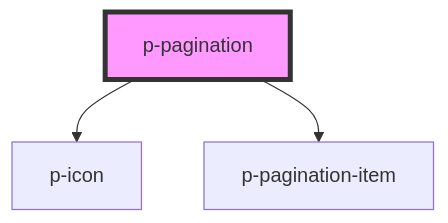
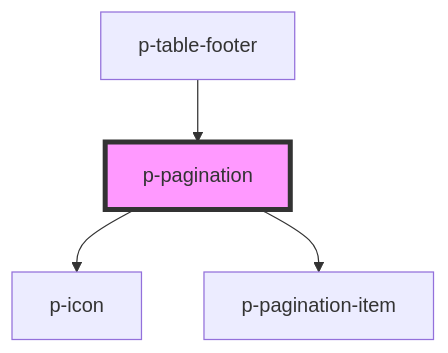
One commit to Employes/paperless changed the diagram in packages/core/src/components/molecules/pagination/readme.md. Above: the diagram before and after it, drawn with Mermaid. The commit also changed other lines of this file and 2 other files, not shown here.

Commit message:
feat(Molecules/Pagination): Add property to hide on single page

````diff
--- a/packages/core/src/components/molecules/pagination/readme.md
+++ b/packages/core/src/components/molecules/pagination/readme.md
@@ -36,6 +41,7 @@
 ```mermaid
 graph TD;
   p-pagination --> p-icon
   p-pagination --> p-pagination-item
+  p-table-footer --> p-pagination
   style p-pagination fill:#f9f,stroke:#333,stroke-width:4px
 ```
````
